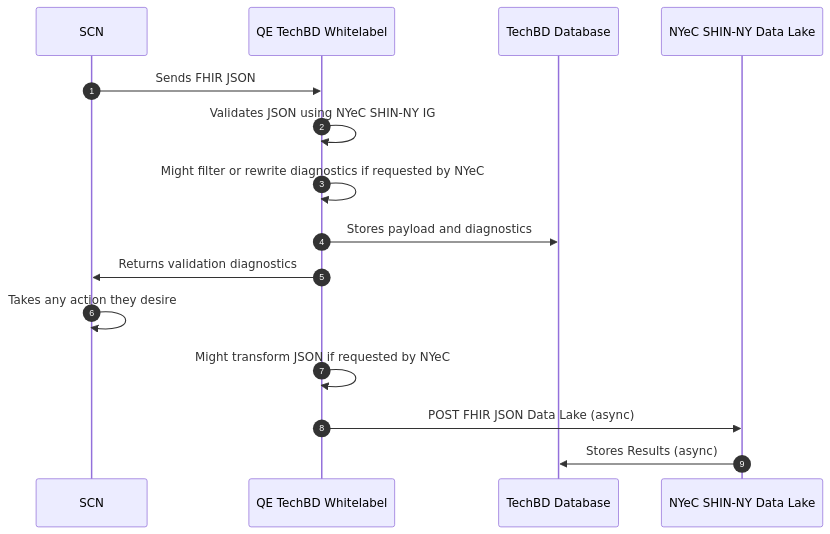
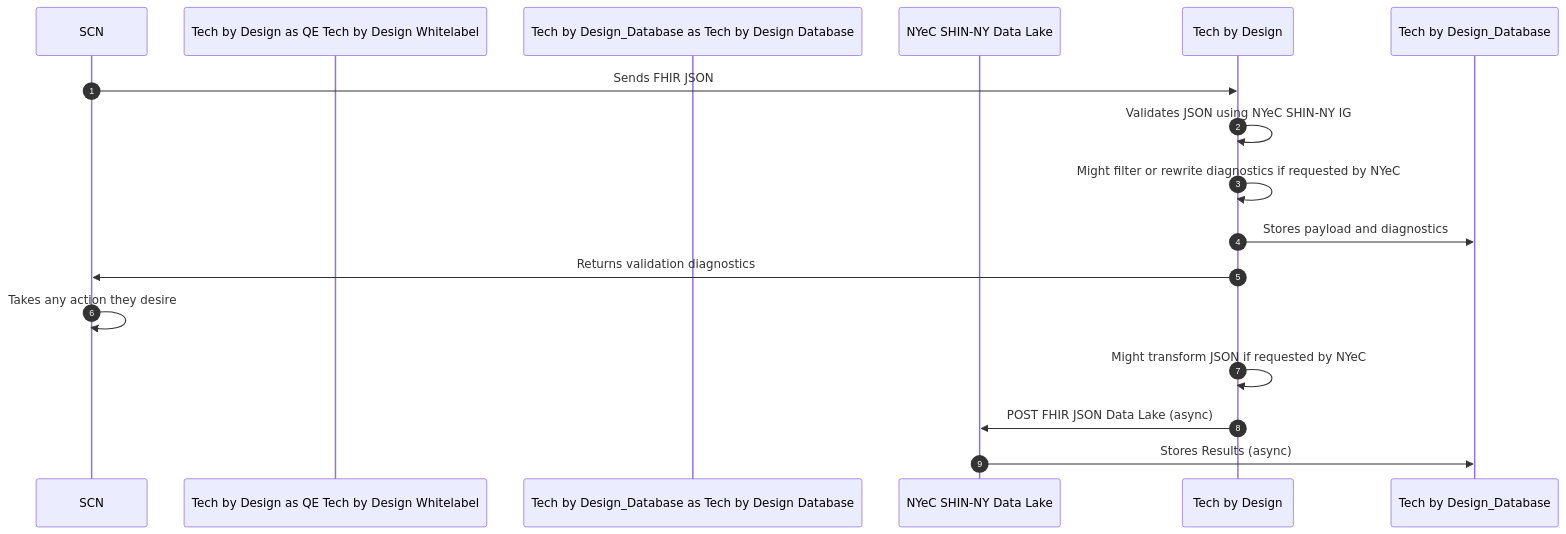
The first of 2 diagrams in src/content/docs/1115-hub/fhir-services/index.md (tech-by-design/docs.techbd.org), drawn with Mermaid before and after one commit. The commit also changed other lines of this file and 21 other files, not shown here.

```diff
--- a/src/content/docs/1115-hub/fhir-services/index.md
+++ b/src/content/docs/1115-hub/fhir-services/index.md
@@ -55,21 +55,21 @@
 <pre class="mermaid">
 sequenceDiagram
   autonumber
 
   participant SCN
-  participant TechBD as QE TechBD Whitelabel
-  participant TechBD_Database as TechBD Database
+  participant Tech by Design as QE Tech by Design Whitelabel
+  participant Tech by Design_Database as Tech by Design Database
   participant DataLake as NYeC SHIN-NY Data Lake
 
-  SCN->>TechBD: Sends FHIR JSON
+  SCN->>Tech by Design: Sends FHIR JSON
   
-  TechBD->>TechBD: Validates JSON using NYeC SHIN-NY IG
-  TechBD->>TechBD: Might filter or rewrite diagnostics if requested by NYeC
-  TechBD->>TechBD_Database: Stores payload and diagnostics
-  TechBD->>SCN: Returns validation diagnostics
+  Tech by Design->>Tech by Design: Validates JSON using NYeC SHIN-NY IG
+  Tech by Design->>Tech by Design: Might filter or rewrite diagnostics if requested by NYeC
+  Tech by Design->>Tech by Design_Database: Stores payload and diagnostics
+  Tech by Design->>SCN: Returns validation diagnostics
   SCN->>SCN: Takes any action they desire
 
-  TechBD->>TechBD: Might transform JSON if requested by NYeC
-  TechBD->>DataLake: POST FHIR JSON Data Lake (async)
-  DataLake->>TechBD_Database: Stores Results (async)
+  Tech by Design->>Tech by Design: Might transform JSON if requested by NYeC
+  Tech by Design->>DataLake: POST FHIR JSON Data Lake (async)
+  DataLake->>Tech by Design_Database: Stores Results (async)
 </pre>
```
